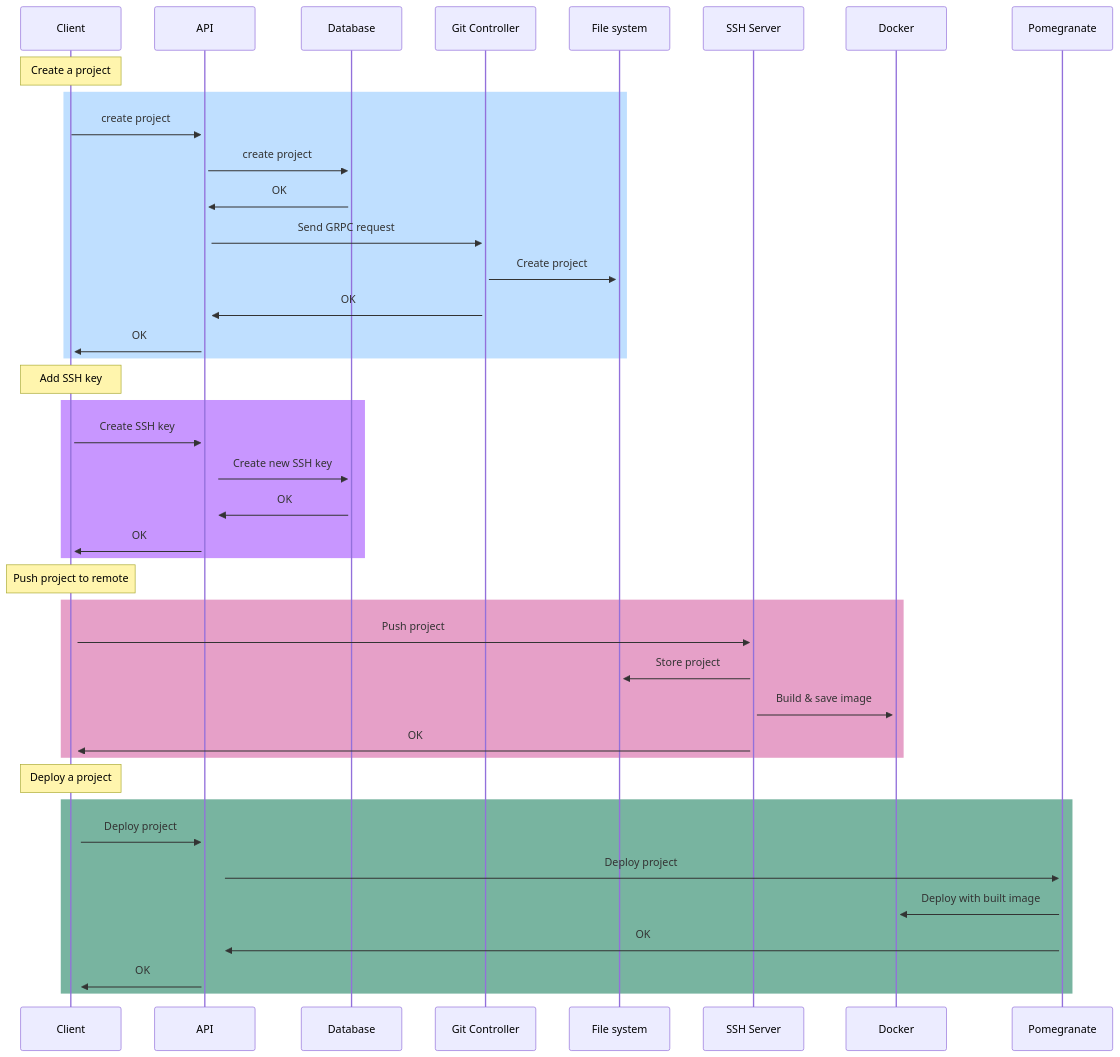
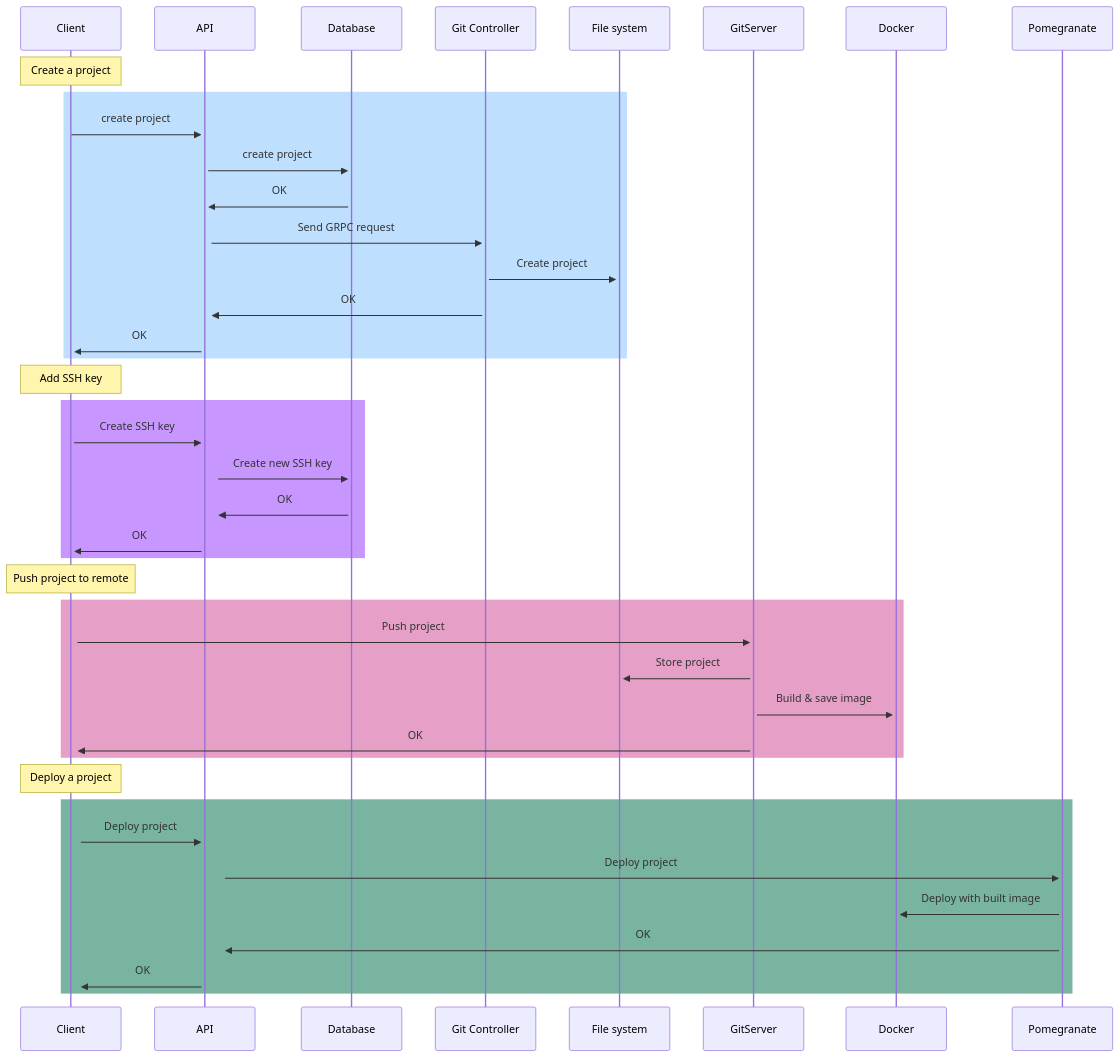
Before and after one commit to paastech-cloud/docs: the second of 2 diagrams in Architecture.md, drawn with Mermaid.

Commit message:
fix: right name

````diff
--- a/Architecture.md
+++ b/Architecture.md
@@ -102,35 +102,35 @@
 ```mermaid
 sequenceDiagram
     note over Client: Create a project
     rect rgb(191, 223, 255)
     Client->>+API: create project
     API->>+Database: create project
     Database->>+API: OK
     API->>+Git Controller: Send GRPC request
     Git Controller->>+File system: Create project
     Git Controller->>+API: OK
     API->>+Client: OK
     end
     note over Client: Add SSH key
     rect rgb(200, 150, 255)
     Client->>+API: Create SSH key
     API->>+Database: Create new SSH key
     Database->>+API: OK
     API->>+Client: OK
     end
     note over Client: Push project to remote
     rect rgb(230, 160, 200)
-    Client->>+SSH Server: Push project
-    SSH Server->>+File system: Store project
-    SSH Server->>+Docker: Build & save image
-    SSH Server->>+ Client: OK
+    Client->>+GitServer: Push project
+    GitServer->>+File system: Store project
+    GitServer->>+Docker: Build & save image
+    GitServer->>+ Client: OK
     end
     note over Client: Deploy a project
     rect rgb(120, 180, 160)
     Client->>+API: Deploy project
     API->>+Pomegranate: Deploy project
     Pomegranate->>+Docker: Deploy with built image
     Pomegranate->>+API: OK
     API->>+Client: OK
     end
 ```
````
